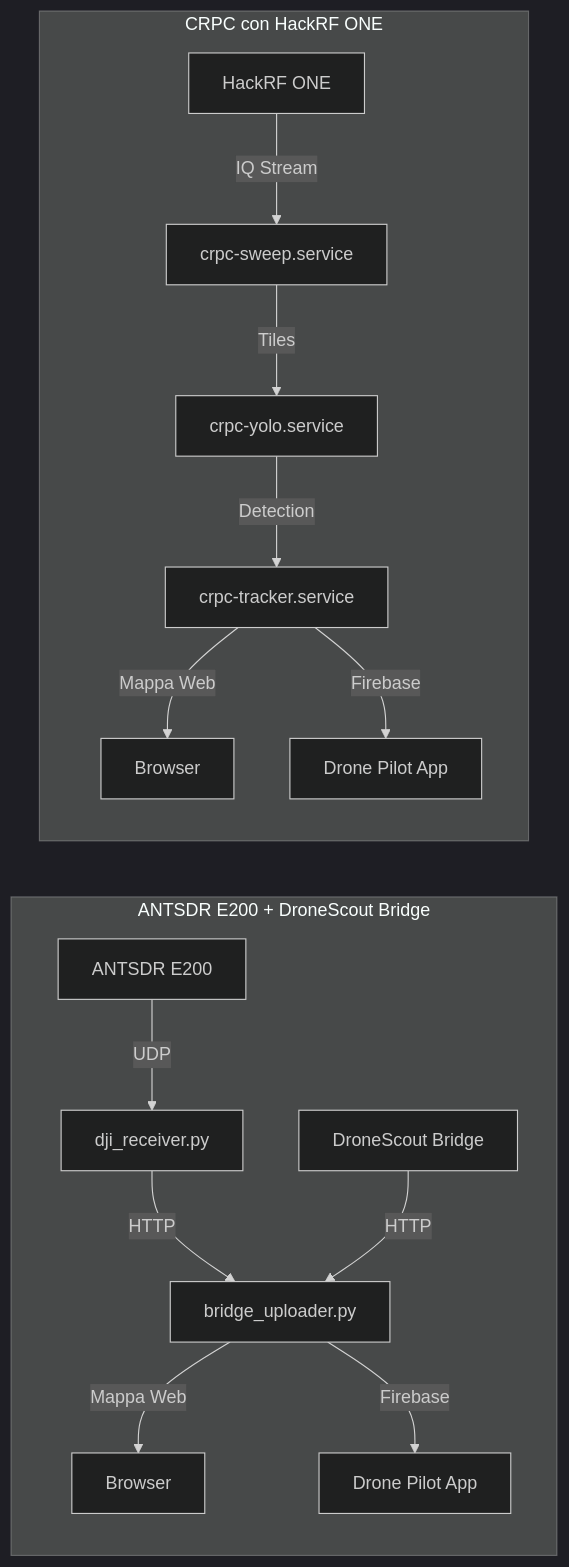
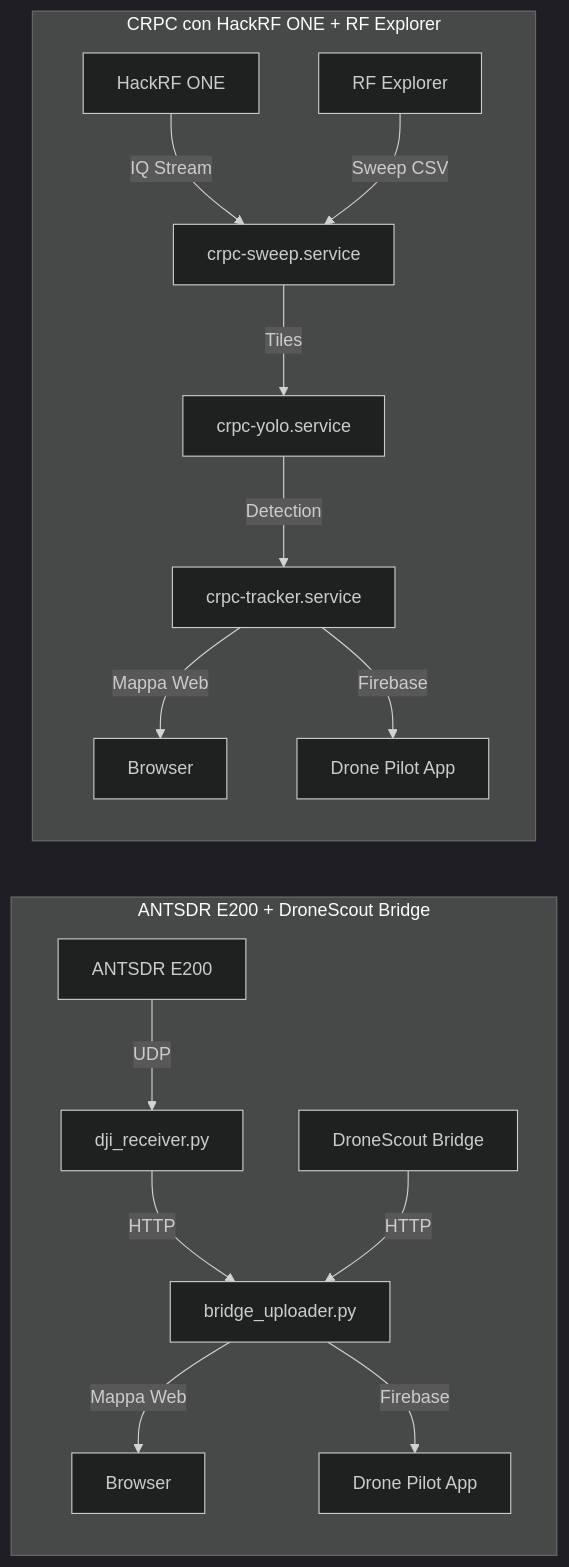
One commit to iz0qwm/drone_detector_antsdr_dronescout changed the diagram in README.md. Above: the diagram before and after it, drawn with Mermaid (dark theme). The commit also changed other lines of this file, not shown here.

````diff
--- a/README.md
+++ b/README.md
@@ -183,18 +183,19 @@
 ```mermaid
 flowchart LR
     subgraph Sistema1[ANTSDR E200 + DroneScout Bridge]
         A1[ANTSDR E200] -->|UDP| B1[dji_receiver.py]
         B1 -->|HTTP| C1[bridge_uploader.py]
         A2[DroneScout Bridge] -->|HTTP| C1
         C1 -->|Mappa Web| D1[Browser]
         C1 -->|Firebase| D2[Drone Pilot App]
     end
 
-    subgraph Sistema2[CRPC con HackRF ONE]
+    subgraph Sistema2[CRPC con HackRF ONE + RF Explorer]
         A3[HackRF ONE] -->|IQ Stream| B2[crpc-sweep.service]
+        A4[RF Explorer] -->|Sweep CSV| B2
         B2 -->|Tiles| B3[crpc-yolo.service]
         B3 -->|Detection| C2[crpc-tracker.service]
         C2 -->|Mappa Web| D3[Browser]
         C2 -->|Firebase| D4[Drone Pilot App]
     end
 ```
````
